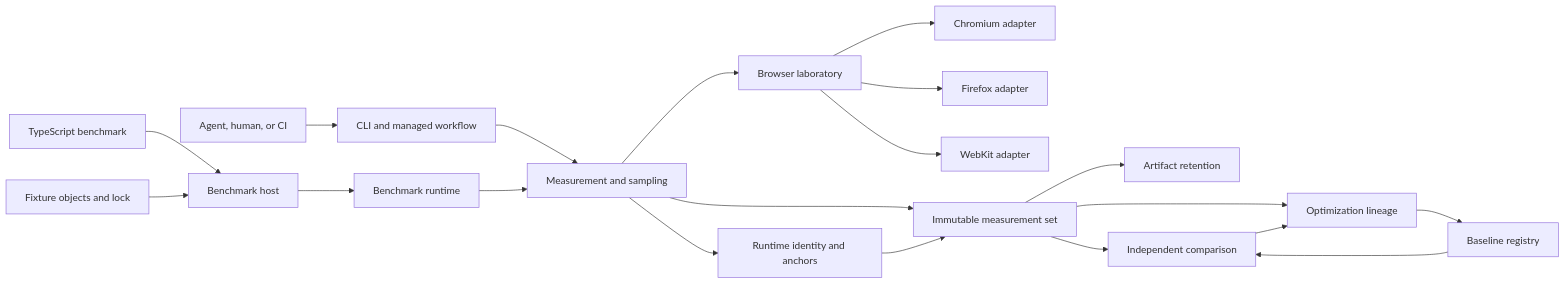
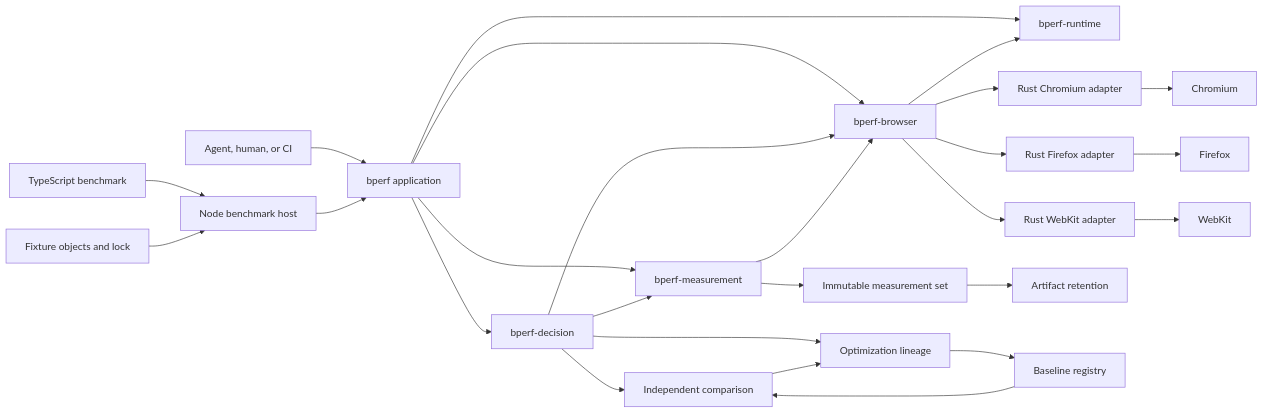
One commit to itsjamie/bperf changed the second of 2 diagrams in docs/DESIGN.md. Above: the diagram before and after it, drawn with Mermaid. The commit also changed other lines of this file and 86 other files, not shown here.

````diff
--- a/docs/DESIGN.md
+++ b/docs/DESIGN.md
@@ -591,22 +618,28 @@
 ```mermaid
 flowchart LR
-    CALLER["Agent, human, or CI"] --> CLI["CLI and managed workflow"]
-    BENCH["TypeScript benchmark"] --> HOST["Benchmark host"]
+    CALLER["Agent, human, or CI"] --> CLI["bperf application"]
+    BENCH["TypeScript benchmark"] --> HOST["Node benchmark host"]
     FIXTURES["Fixture objects and lock"] --> HOST
-    HOST --> RUNTIME["Benchmark runtime"]
-    CLI --> MEASURE["Measurement and sampling"]
-    RUNTIME --> MEASURE
-    MEASURE --> LAB["Browser laboratory"]
-    LAB --> CHROMIUM["Chromium adapter"]
-    LAB --> FIREFOX["Firefox adapter"]
-    LAB --> WEBKIT["WebKit adapter"]
-    MEASURE --> ENV["Runtime identity and anchors"]
+    HOST --> CLI
+    CLI --> DECISION["bperf-decision"]
+    CLI --> MEASURE["bperf-measurement"]
+    CLI --> LAB["bperf-browser"]
+    CLI --> INSTALL["bperf-runtime"]
+    DECISION --> MEASURE
+    DECISION --> LAB
+    MEASURE --> LAB
+    LAB --> INSTALL
+    LAB --> CHROMIUM_ADAPTER["Rust Chromium adapter"]
+    CHROMIUM_ADAPTER --> CHROMIUM["Chromium"]
+    LAB --> FIREFOX_ADAPTER["Rust Firefox adapter"]
+    FIREFOX_ADAPTER --> FIREFOX["Firefox"]
+    LAB --> WEBKIT_ADAPTER["Rust WebKit adapter"]
+    WEBKIT_ADAPTER --> WEBKIT["WebKit"]
     MEASURE --> SET["Immutable measurement set"]
-    ENV --> SET
     SET --> RETENTION["Artifact retention"]
-    SET --> COMPARE["Independent comparison"]
+    DECISION --> COMPARE["Independent comparison"]
     BASELINE["Baseline registry"] --> COMPARE
-    SET --> LINEAGE["Optimization lineage"]
+    DECISION --> LINEAGE["Optimization lineage"]
     COMPARE --> LINEAGE
     LINEAGE --> BASELINE
 ```
````
